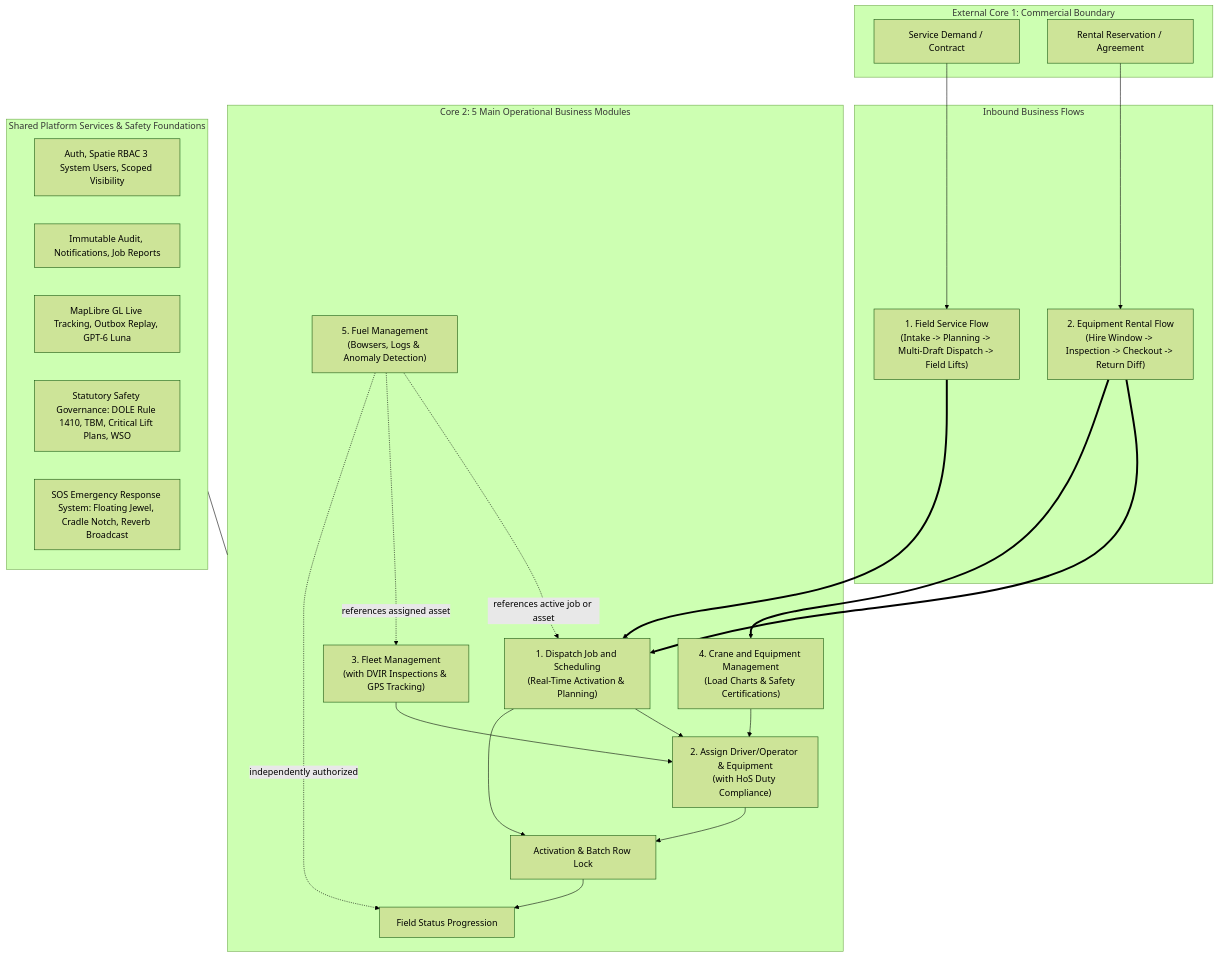
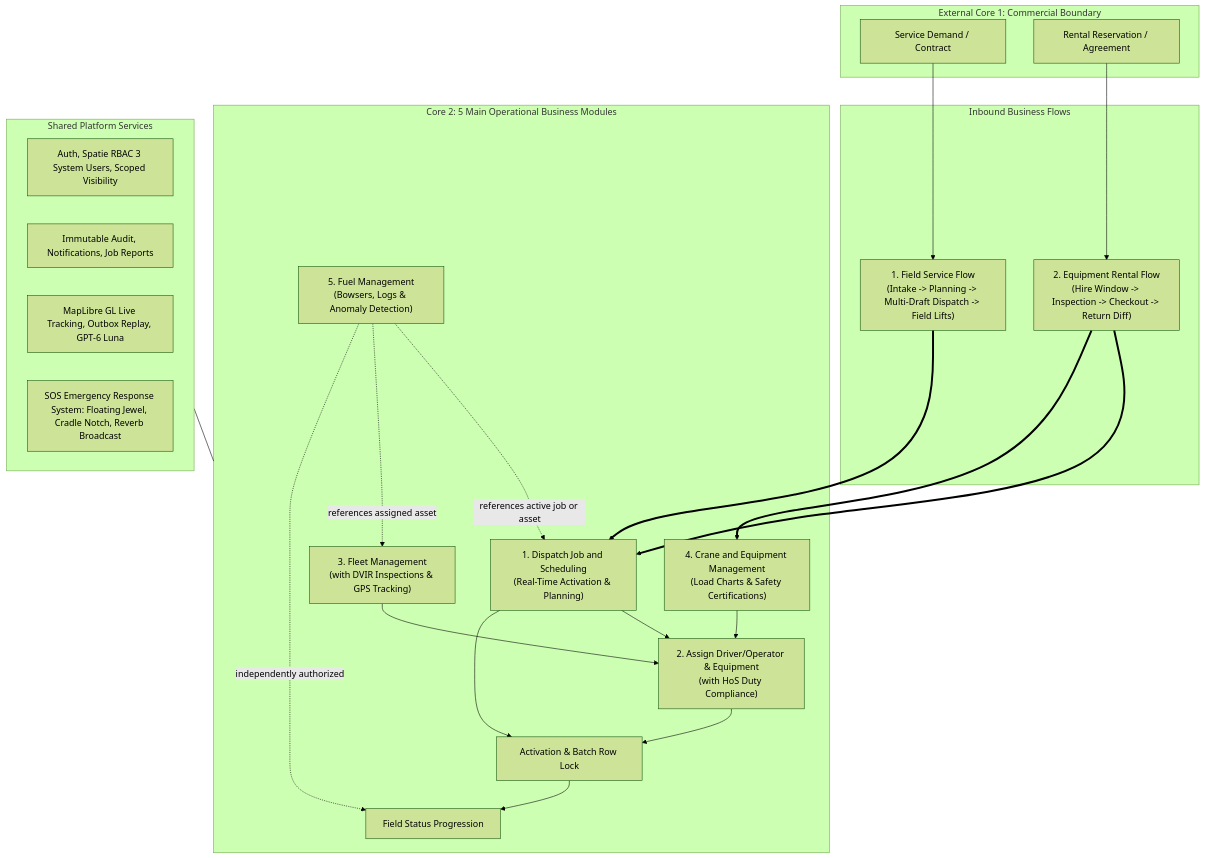
Before and after one commit to Darktodoom123/Core-2: the first of 5 diagrams in Docs/design/Diagrams/module-boundary.md, drawn with Mermaid (forest theme). The commit also changed other lines of this file and 101 other files, not shown here.

Commit message:
refactor: remove safety governance workflows

````diff
--- a/Docs/design/Diagrams/module-boundary.md
+++ b/Docs/design/Diagrams/module-boundary.md
@@ -27,47 +27,46 @@
 ```mermaid
 flowchart TD
     subgraph C1[External Core 1: Commercial Boundary]
         C1_SVC["Service Demand / Contract"]
         C1_RNT["Rental Reservation / Agreement"]
     end
 
     subgraph FLOWS[Inbound Business Flows]
         F_SVC["1. Field Service Flow\n(Intake -> Planning -> Multi-Draft Dispatch -> Field Lifts)"]
         F_RNT["2. Equipment Rental Flow\n(Hire Window -> Inspection -> Checkout -> Return Diff)"]
     end
 
     C1_SVC --> F_SVC
     C1_RNT --> F_RNT
 
     subgraph CORE_MODULES[Core 2: 5 Main Operational Business Modules]
         D["1. Dispatch Job and Scheduling\n(Real-Time Activation & Planning)"]
         A["2. Assign Driver/Operator & Equipment\n(with HoS Duty Compliance)"]
         F["3. Fleet Management\n(with DVIR Inspections & GPS Tracking)"]
         C["4. Crane and Equipment Management\n(Load Charts & Safety Certifications)"]
         U["5. Fuel Management\n(Bowsers, Logs & Anomaly Detection)"]
 
         D --> A
         F --> A
         C --> A
         A --> X[Activation & Batch Row Lock]
         D --> X
         X --> P[Field Status Progression]
         U -. references active job or asset .-> D
         U -. references assigned asset .-> F
         U -. independently authorized .-> P
     end
 
     F_SVC ==> D
     F_RNT ==> D
     F_RNT ==> C
 
-    subgraph SHARED[Shared Platform Services & Safety Foundations]
+    subgraph SHARED[Shared Platform Services]
         S1[Auth, Spatie RBAC 3 System Users, Scoped Visibility]
         S2[Immutable Audit, Notifications, Job Reports]
         S3[MapLibre GL Live Tracking, Outbox Replay, GPT-6 Luna]
-        S4[Statutory Safety Governance: DOLE Rule 1410, TBM, Critical Lift Plans, WSO]
         S5[SOS Emergency Response System: Floating Jewel, Cradle Notch, Reverb Broadcast]
     end
 
     SHARED --- CORE_MODULES
 ```
````
